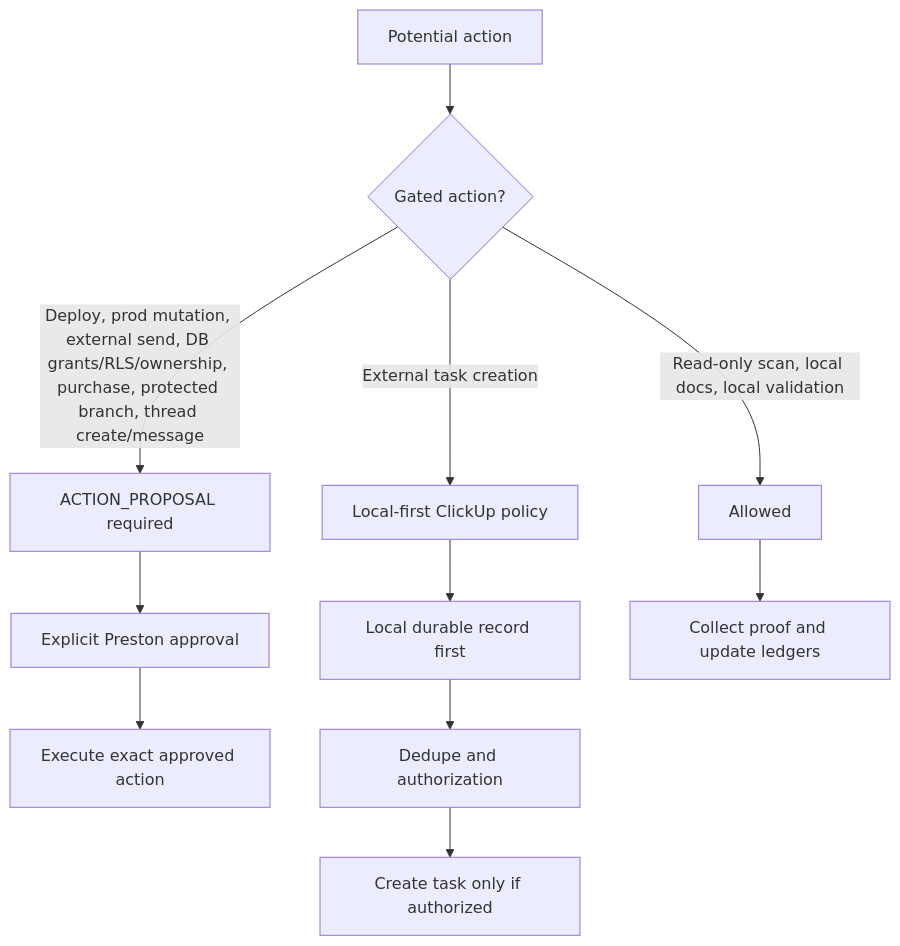
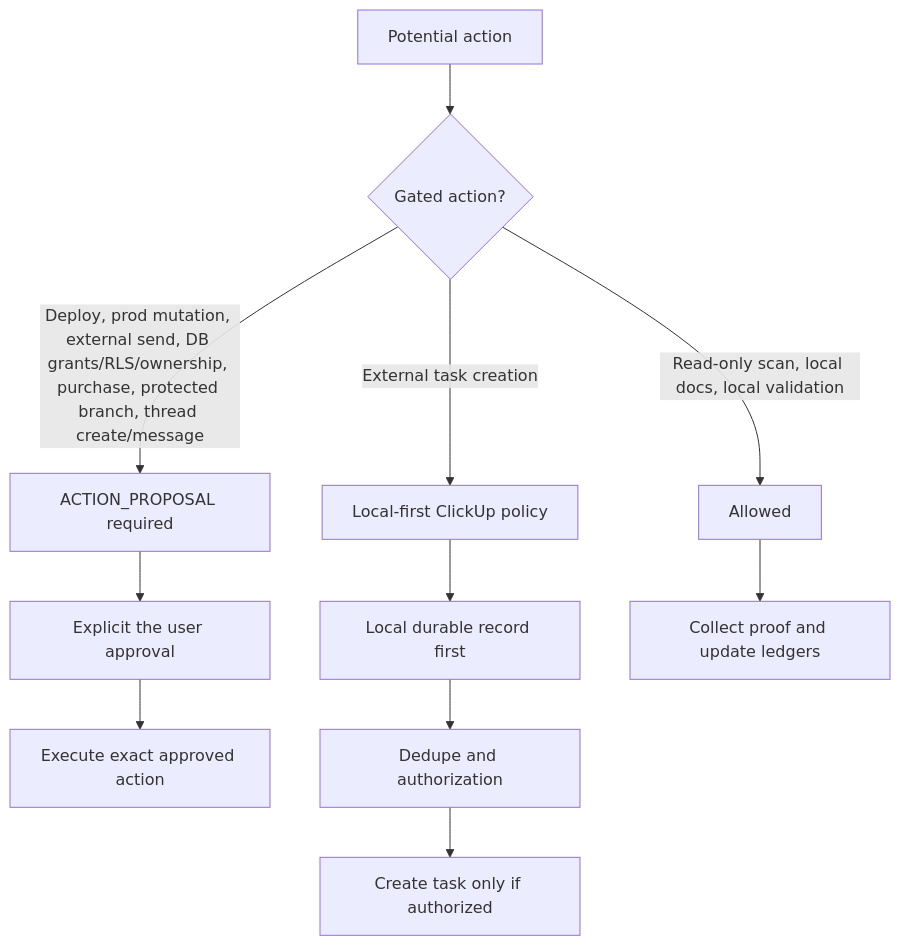
The seventh of 7 diagrams in docs/pm-systems/architecture.md (Splintered-Glass-Solutions/SGS_skills), drawn with Mermaid before and after one commit. The commit also changed other lines of this file and 162 other files, not shown here.

````diff
--- a/docs/pm-systems/architecture.md
+++ b/docs/pm-systems/architecture.md
@@ -201,15 +201,15 @@
 ```mermaid
 flowchart TD
   Action["Potential action"] --> Gate{"Gated action?"}
 
   Gate -->|"Read-only scan, local docs, local validation"| Allowed["Allowed"]
   Gate -->|"Deploy, prod mutation, external send, DB grants/RLS/ownership, purchase, protected branch, thread create/message"| Proposal["ACTION_PROPOSAL required"]
   Gate -->|"External task creation"| TaskGate["Local-first ClickUp policy"]
 
-  Proposal --> Approval["Explicit Preston approval"]
+  Proposal --> Approval["Explicit the user approval"]
   Approval --> Execute["Execute exact approved action"]
   TaskGate --> LocalRecord["Local durable record first"]
   LocalRecord --> Dedupe["Dedupe and authorization"]
   Dedupe --> Task["Create task only if authorized"]
   Allowed --> Proof["Collect proof and update ledgers"]
 ```
````
